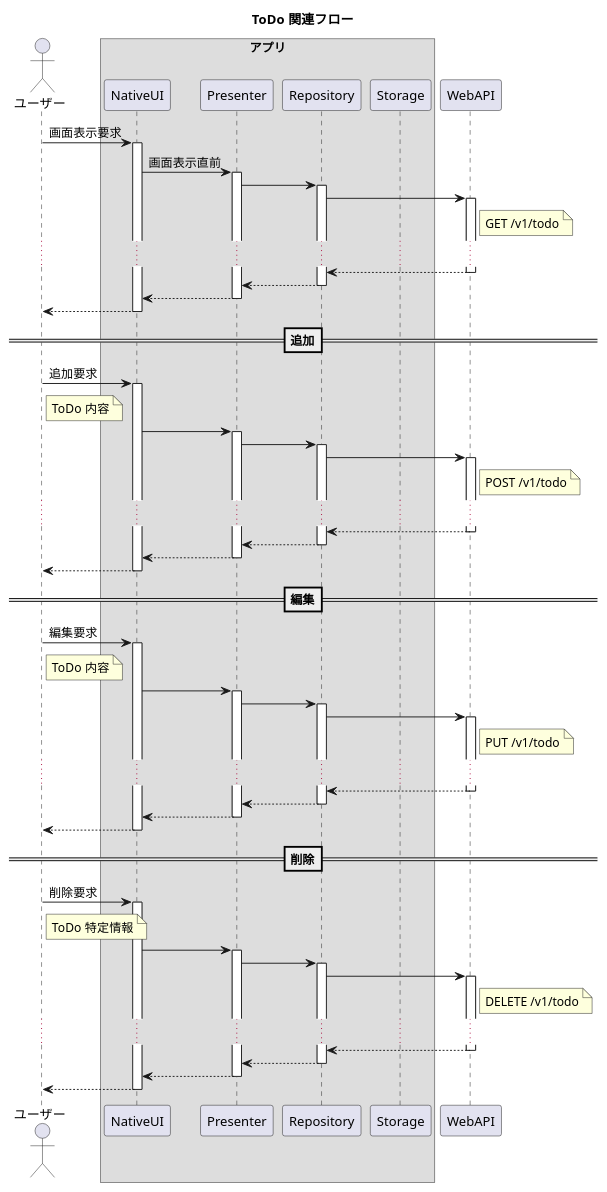
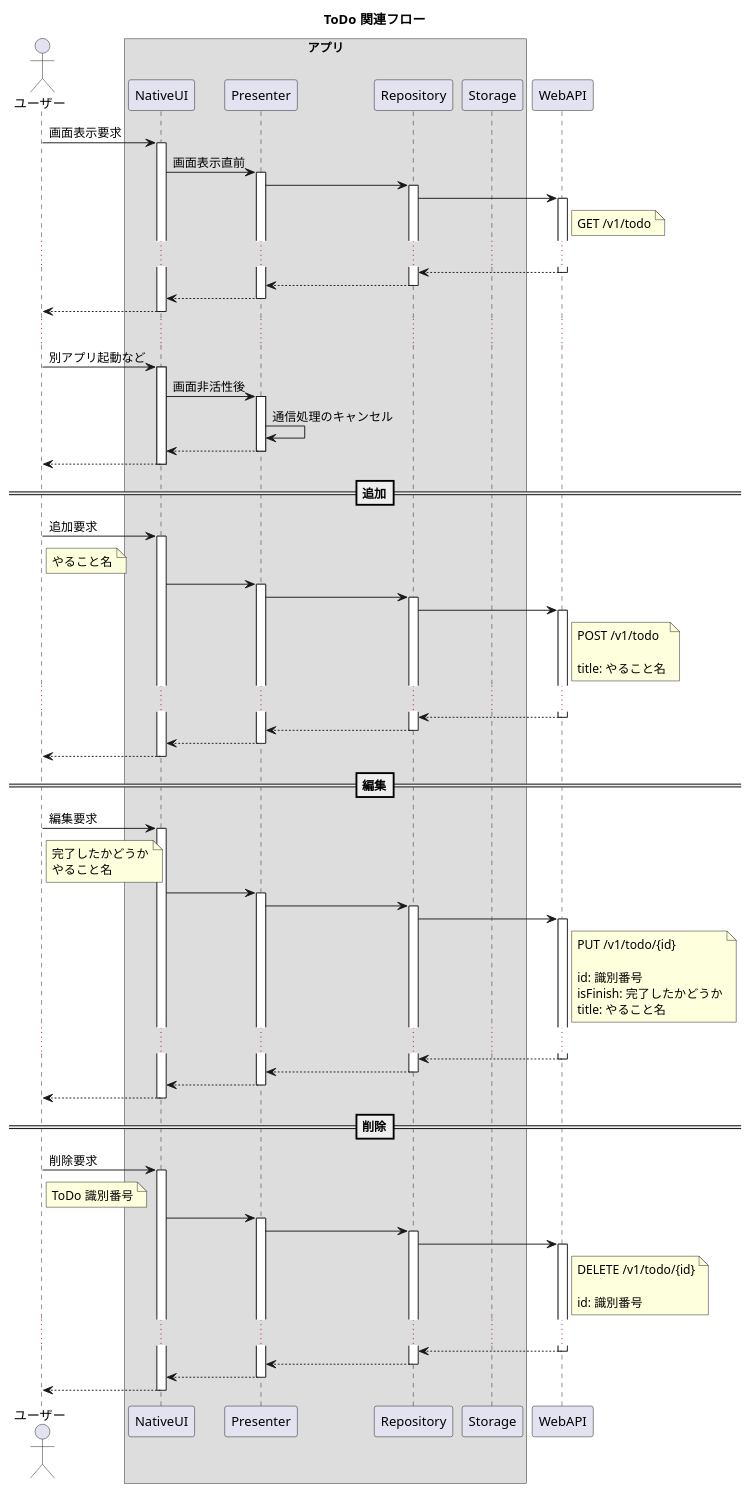
The diagram in docs/ToDo関連フロー.plantuml (tshion/XAppRecipe), drawn with PlantUML before and after one commit. The commit also changed 4 other files, not shown here.

```diff
--- a/docs/ToDo関連フロー.plantuml
+++ b/docs/ToDo関連フロー.plantuml
@@ -1,114 +1,135 @@
 @startuml ToDo関連フロー
 title ToDo 関連フロー
 
 actor ユーザー as user
 box アプリ
     participant NativeUI as ui
     participant Presenter as presenter
     participant Repository as model
     participant Storage as db
 end box
 participant WebAPI as api
 
 
 user -> ui : 画面表示要求
 activate ui
 ui -> presenter : 画面表示直前
 activate presenter
 presenter -> model
 activate model
 model -> api
 activate api
 note right of api
     GET /v1/todo
 end note
 ...
 api --> model
 deactivate api
 model --> presenter
 deactivate model
 presenter --> ui
 deactivate presenter
 ui --> user
 deactivate ui
 
+...
+
+user -> ui : 別アプリ起動など
+activate ui
+ui -> presenter : 画面非活性後
+activate presenter
+presenter -> presenter : 通信処理のキャンセル
+presenter --> ui
+deactivate presenter
+ui --> user
+deactivate ui
+
 
 ==追加==
 user -> ui : 追加要求
 activate ui
 note right of user
-    ToDo 内容
+   やること名
 end note
 ui -> presenter
 activate presenter
 presenter -> model
 activate model
 model -> api
 activate api
 note right of api
     POST /v1/todo
+
+    title: やること名
 end note
 ...
 api --> model
 deactivate api
 model --> presenter
 deactivate model
 presenter --> ui
 deactivate presenter
 ui --> user
 deactivate ui
 
 
 ==編集==
 user -> ui : 編集要求
 activate ui
 note right of user
-    ToDo 内容
+    完了したかどうか
+    やること名
 end note
 ui -> presenter
 activate presenter
 presenter -> model
 activate model
 model -> api
 activate api
 note right of api
-    PUT /v1/todo
+    PUT /v1/todo/{id}
+
+    id: 識別番号
+    isFinish: 完了したかどうか
+    title: やること名
 end note
 ...
 api --> model
 deactivate api
 model --> presenter
 deactivate model
 presenter --> ui
 deactivate presenter
 ui --> user
 deactivate ui
 
 
 ==削除==
 user -> ui : 削除要求
 activate ui
 note right of user
-    ToDo 特定情報
+    ToDo 識別番号
 end note
 ui -> presenter
 activate presenter
 presenter -> model
 activate model
 model -> api
 activate api
 note right of api
-    DELETE /v1/todo
+    DELETE /v1/todo/{id}
+
+    id: 識別番号
 end note
 ...
 api --> model
 deactivate api
 model --> presenter
 deactivate model
 presenter --> ui
 deactivate presenter
 ui --> user
 deactivate ui
 
 
 @enduml
```
